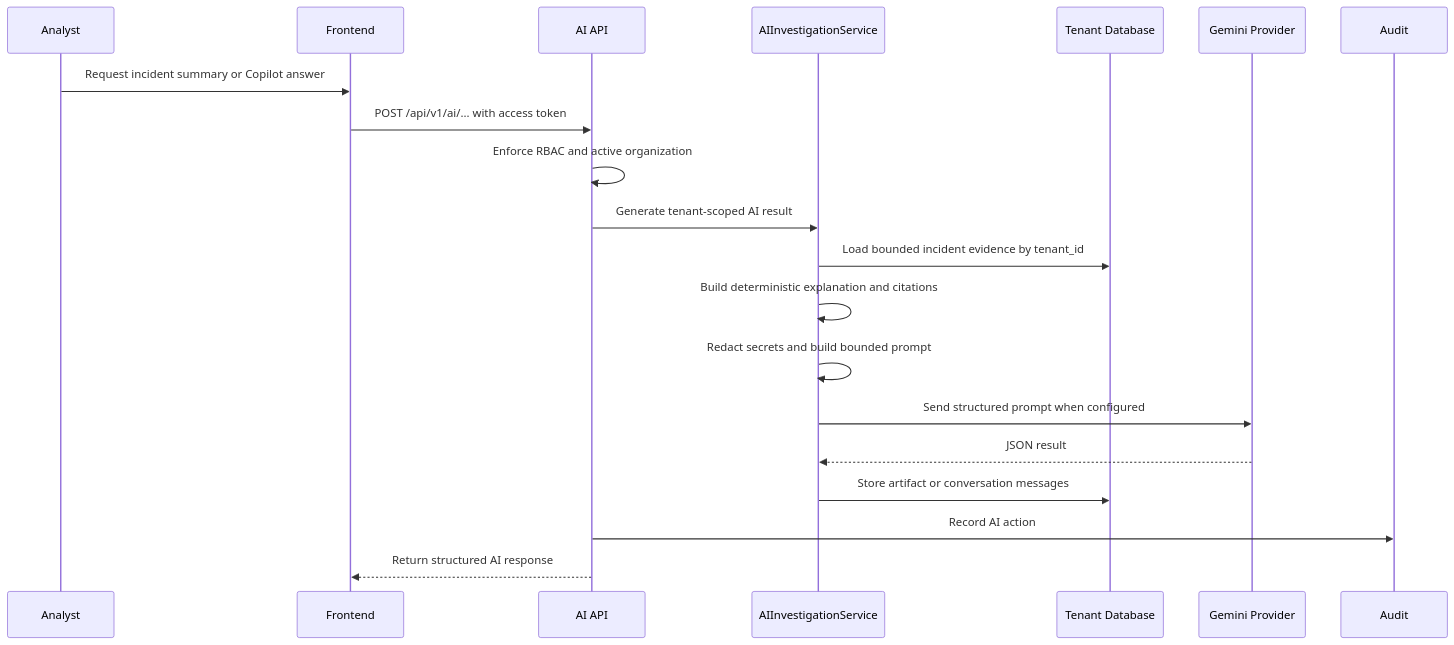
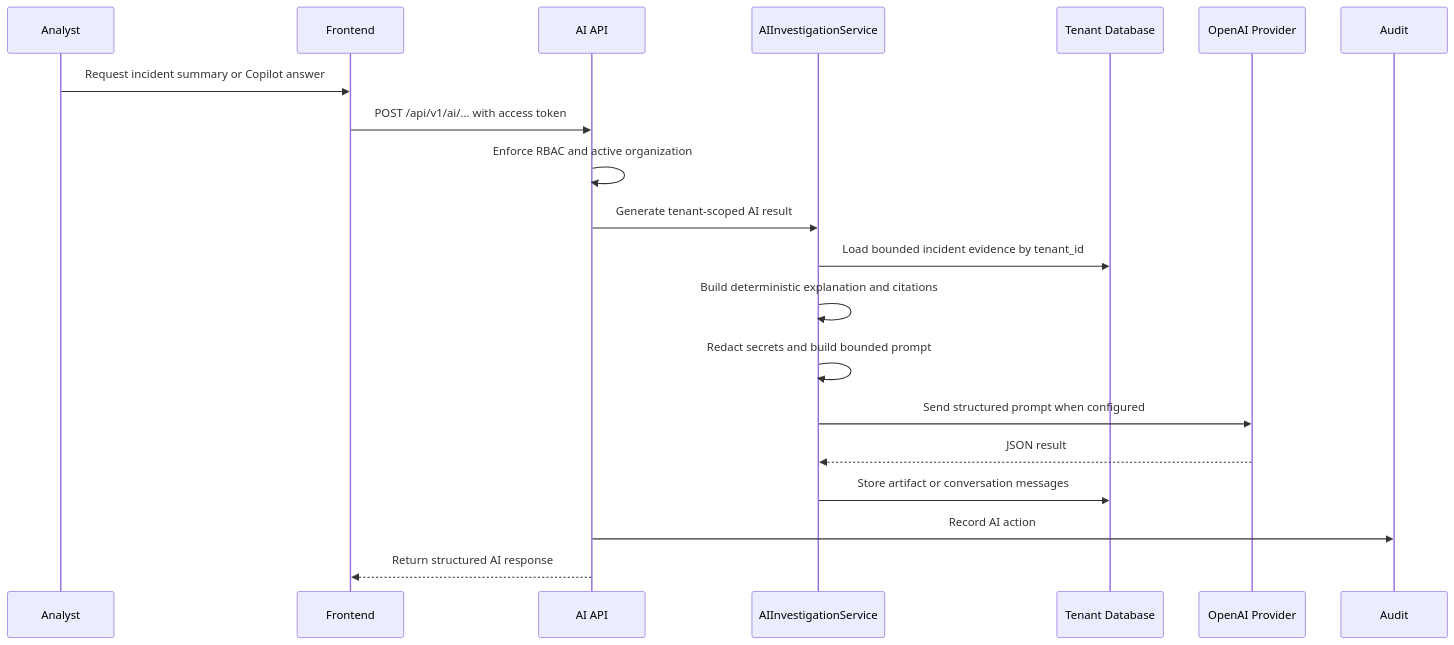
One commit to ShkS44D/Socluma changed the third of 3 diagrams in ARCHITECTURE.md. Above: the diagram before and after it, drawn with Mermaid. The commit also changed other lines of this file and 28 other files, not shown here.

Commit message:
Replace Gemini integration with OpenAI Incident Copilot

````diff
--- a/ARCHITECTURE.md
+++ b/ARCHITECTURE.md
@@ -193,23 +193,23 @@
 ```mermaid
 sequenceDiagram
     participant Analyst
     participant Frontend
     participant API as AI API
     participant Service as AIInvestigationService
     participant DB as Tenant Database
-    participant LLM as Gemini Provider
+    participant LLM as OpenAI Provider
     participant Audit
 
     Analyst->>Frontend: Request incident summary or Copilot answer
     Frontend->>API: POST /api/v1/ai/... with access token
     API->>API: Enforce RBAC and active organization
     API->>Service: Generate tenant-scoped AI result
     Service->>DB: Load bounded incident evidence by tenant_id
     Service->>Service: Build deterministic explanation and citations
     Service->>Service: Redact secrets and build bounded prompt
     Service->>LLM: Send structured prompt when configured
     LLM-->>Service: JSON result
     Service->>DB: Store artifact or conversation messages
     API->>Audit: Record AI action
     API-->>Frontend: Return structured AI response
 ```
````
